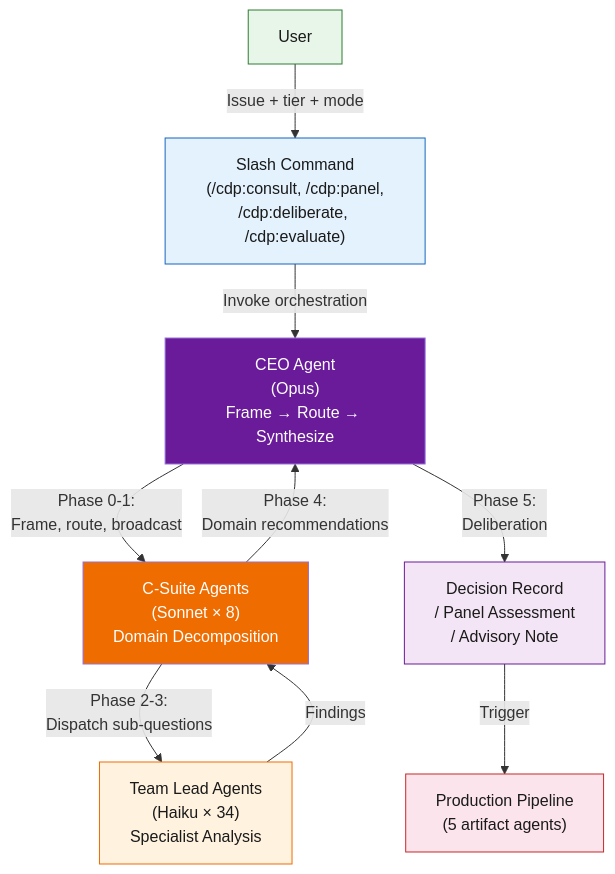
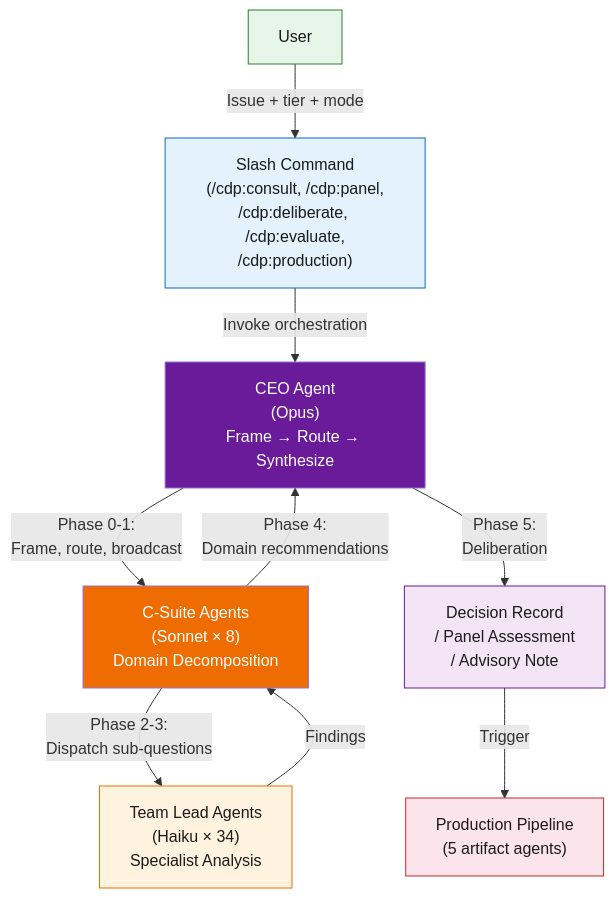
The first of 3 diagrams in docs/ARCHITECTURE.md (apatheticus/corporate-decision-panel), drawn with Mermaid before and after one commit. The commit also changed other lines of this file and 8 other files, not shown here.

````diff
--- a/docs/ARCHITECTURE.md
+++ b/docs/ARCHITECTURE.md
@@ -50,27 +50,27 @@
 ```mermaid
 flowchart TD
     User["User"]
-    CMD["Slash Command\n(/cdp:consult, /cdp:panel,\n/cdp:deliberate, /cdp:evaluate)"]
+    CMD["Slash Command\n(/cdp:consult, /cdp:panel,\n/cdp:deliberate, /cdp:evaluate,\n/cdp:production)"]
     CEO["CEO Agent\n(Opus)\nFrame → Route → Synthesize"]
     CS["C-Suite Agents\n(Sonnet × 8)\nDomain Decomposition"]
     TL["Team Lead Agents\n(Haiku × 34)\nSpecialist Analysis"]
     DR["Decision Record\n/ Panel Assessment\n/ Advisory Note"]
     PROD["Production Pipeline\n(5 artifact agents)"]
 
     User -->|"Issue + tier + mode"| CMD
     CMD -->|"Invoke orchestration"| CEO
     CEO -->|"Phase 0-1:\nFrame, route, broadcast"| CS
     CS -->|"Phase 2-3:\nDispatch sub-questions"| TL
     TL -->|"Findings"| CS
     CS -->|"Phase 4:\nDomain recommendations"| CEO
     CEO -->|"Phase 5:\nDeliberation"| DR
     DR -->|"Trigger"| PROD
 
     style User fill:#e8f5e9,stroke:#2e7d32,color:#1a1a1a
     style CMD fill:#e3f2fd,stroke:#1565c0,color:#1a1a1a
     style CEO fill:#6a1b9a,color:#fff
     style CS fill:#ef6c00,color:#fff
     style TL fill:#fff3e0,stroke:#ef6c00,color:#1a1a1a
     style DR fill:#f3e5f5,stroke:#6a1b9a,color:#1a1a1a
     style PROD fill:#fce4ec,stroke:#c62828,color:#1a1a1a
 ```
````
